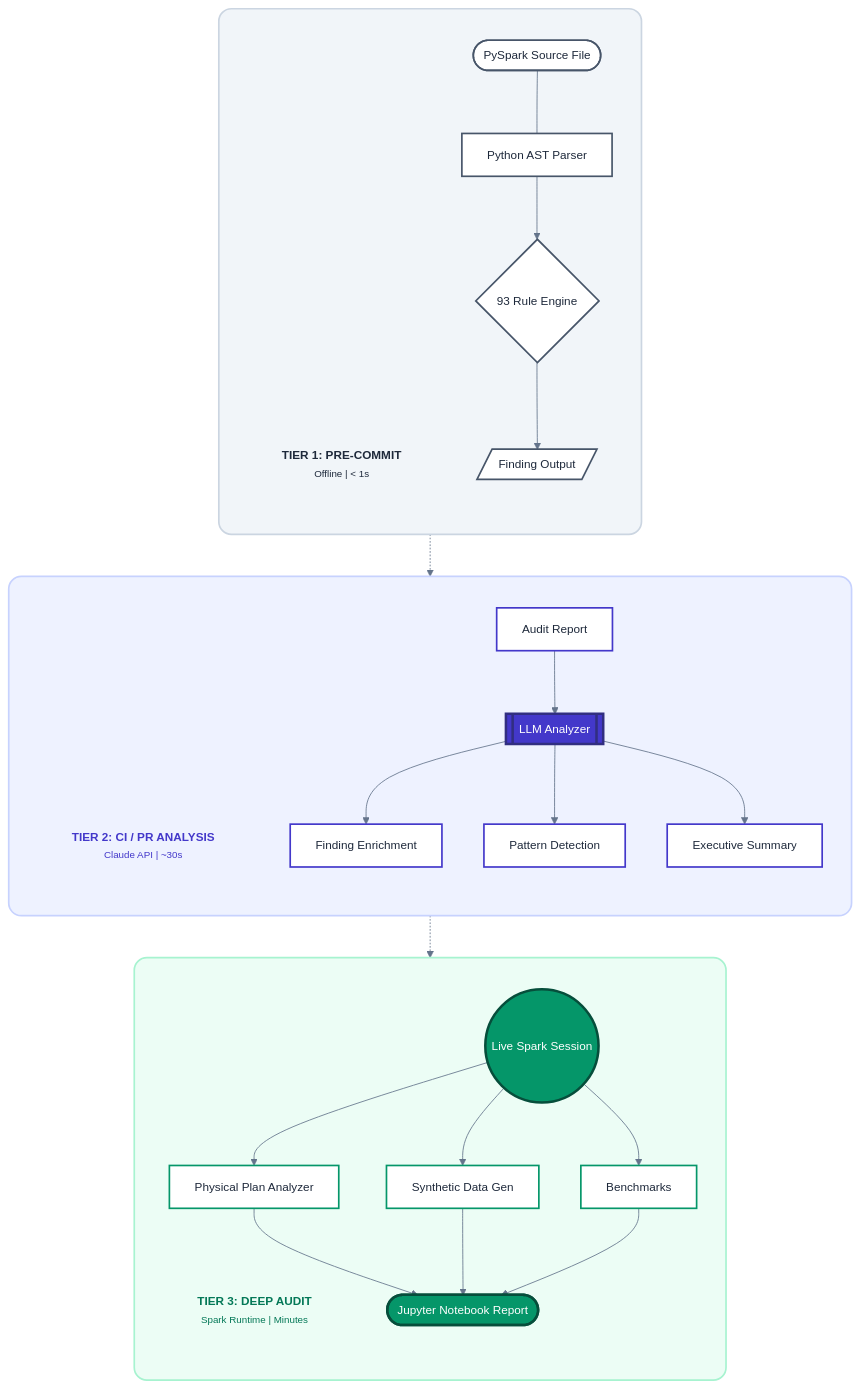
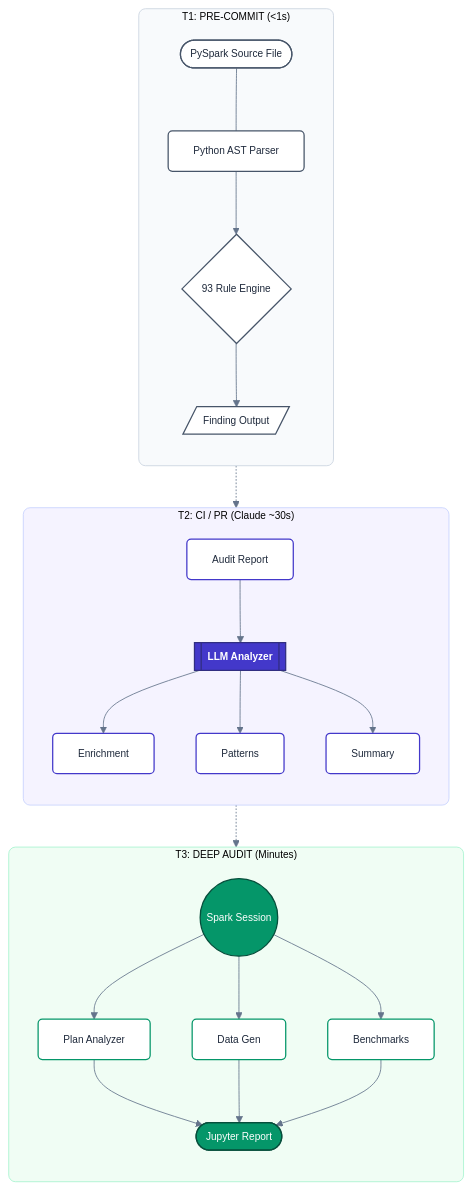
One commit to sunilpradhansharma/spark-perf-lint changed the diagram in README.md. Above: the diagram before and after it, drawn with Mermaid.

Commit message:
updated Architecture diagram

````diff
--- a/README.md
+++ b/README.md
@@ -175,82 +175,65 @@
 ```mermaid
 %%{init: {
   'theme': 'base',
   'themeVariables': {
     'primaryColor': '#ffffff',
     'primaryTextColor': '#1e293b',
     'primaryBorderColor': '#94a3b8',
     'lineColor': '#64748b',
     'secondaryColor': '#f8fafc',
     'tertiaryColor': '#ffffff',
     'fontFamily': 'Segoe UI, Roboto, sans-serif',
-    'fontSize': '14px'
+    'fontSize': '12px'
   }
 }}%%
 
 graph TD
-    %% TIER 1: THE BUILD
-    subgraph T1 [ ]
+    %% TIER 1
+    subgraph T1 ["T1: PRE-COMMIT (<1s)"]
         direction TB
-        T1_Title["<div style='padding:10px'><b>TIER 1: PRE-COMMIT</b><br/><small>Offline | < 1s</small></div>"]
-        
         A([PySpark Source File]) --- B[Python AST Parser]
         B --> C{93 Rule Engine}
         C --> D[/Finding Output/]
     end
 
-    %% TIER 2: THE INTELLIGENCE
-    subgraph T2 [ ]
+    %% TIER 2
+    subgraph T2 ["T2: CI / PR (Claude ~30s)"]
         direction TB
-        T2_Title["<div style='padding:10px; color:#4338ca'><b>TIER 2: CI / PR ANALYSIS</b><br/><small>Claude API | ~30s</small></div>"]
-        
-        E[Audit Report] --> F[[LLM Analyzer]]
-        F --> G[Finding Enrichment]
-        F --> H[Pattern Detection]
-        F --> I[Executive Summary]
+        E[Audit Report] --> F[[<b>LLM Analyzer</b>]]
+        F --> G[Enrichment]
+        F --> H[Patterns]
+        F --> I[Summary]
     end
 
-    %% TIER 3: THE RUNTIME
-    subgraph T3 [ ]
+    %% TIER 3
+    subgraph T3 ["T3: DEEP AUDIT (Minutes)"]
         direction TB
-        T3_Title["<div style='padding:10px; color:#047857'><b>TIER 3: DEEP AUDIT</b><br/><small>Spark Runtime | Minutes</small></div>"]
-        
-        J((Live Spark Session))
-        J --> K[Physical Plan Analyzer]
-        J --> L[Synthetic Data Gen]
+        J((Spark Session))
+        J --> K[Plan Analyzer]
+        J --> L[Data Gen]
         J --> M[Benchmarks]
-        K & L & M --> N([Jupyter Notebook Report])
+        K & L & M --> N([Jupyter Report])
     end
 
-    %% FLOW CONNECTIONS
+    %% FORCED VERTICAL ALIGNMENT (The Fix)
     D -.-> E
     I -.-> J
 
-    %% 3D ELEVATION STYLING
-    %% We use darker borders (stroke) and lighter fills to create depth
-    
-    %% Tier 1: Neutral Slate
-    style T1 fill:#f1f5f9,stroke:#cbd5e1,stroke-width:2px,rx:15
-    classDef t1Node fill:#ffffff,stroke:#475569,stroke-width:2px,color:#1e293b
-    
-    %% Tier 2: Deep Indigo 
-    style T2 fill:#eef2ff,stroke:#c7d2fe,stroke-width:2px,rx:15
-    classDef t2Node fill:#ffffff,stroke:#4338ca,stroke-width:2px,color:#1e293b
-    classDef t2Focus fill:#4338ca,stroke:#312e81,stroke-width:3px,color:#ffffff
-    
-    %% Tier 3: Emerald Green
-    style T3 fill:#ecfdf5,stroke:#a7f3d0,stroke-width:2px,rx:15
-    classDef t3Node fill:#ffffff,stroke:#059669,stroke-width:2px,color:#1e293b
-    classDef t3Focus fill:#059669,stroke:#064e3b,stroke-width:3px,color:#ffffff
+    %% STYLING
+    style T1 fill:#f8fafc,stroke:#cbd5e1,stroke-width:1px,rx:8
+    style T2 fill:#f5f3ff,stroke:#c7d2fe,stroke-width:1px,rx:8
+    style T3 fill:#f0fdf4,stroke:#a7f3d0,stroke-width:1px,rx:8
 
-    %% Assigning Classes
+    %% Optimized Classes
+    classDef t1Node fill:#ffffff,stroke:#475569,stroke-width:1.5px,color:#1e293b,rx:5
+    classDef t2Node fill:#ffffff,stroke:#4338ca,stroke-width:1.5px,color:#1e293b,rx:5
+    classDef t2Focus fill:#4338ca,stroke:#312e81,stroke-width:1.5px,color:#ffffff,rx:5
+    classDef t3Node fill:#ffffff,stroke:#059669,stroke-width:1.5px,color:#1e293b,rx:5
+    classDef t3Focus fill:#059669,stroke:#064e3b,stroke-width:1.5px,color:#ffffff,rx:5
+
     class A,B,C,D t1Node
     class E,G,H,I t2Node
     class F t2Focus
     class K,L,M t3Node
     class J,N t3Focus
-    
-    %% Hide Title Backgrounds
-    style T1_Title fill:none,stroke:none
-    style T2_Title fill:none,stroke:none
-    style T3_Title fill:none,stroke:none
 ```
````
